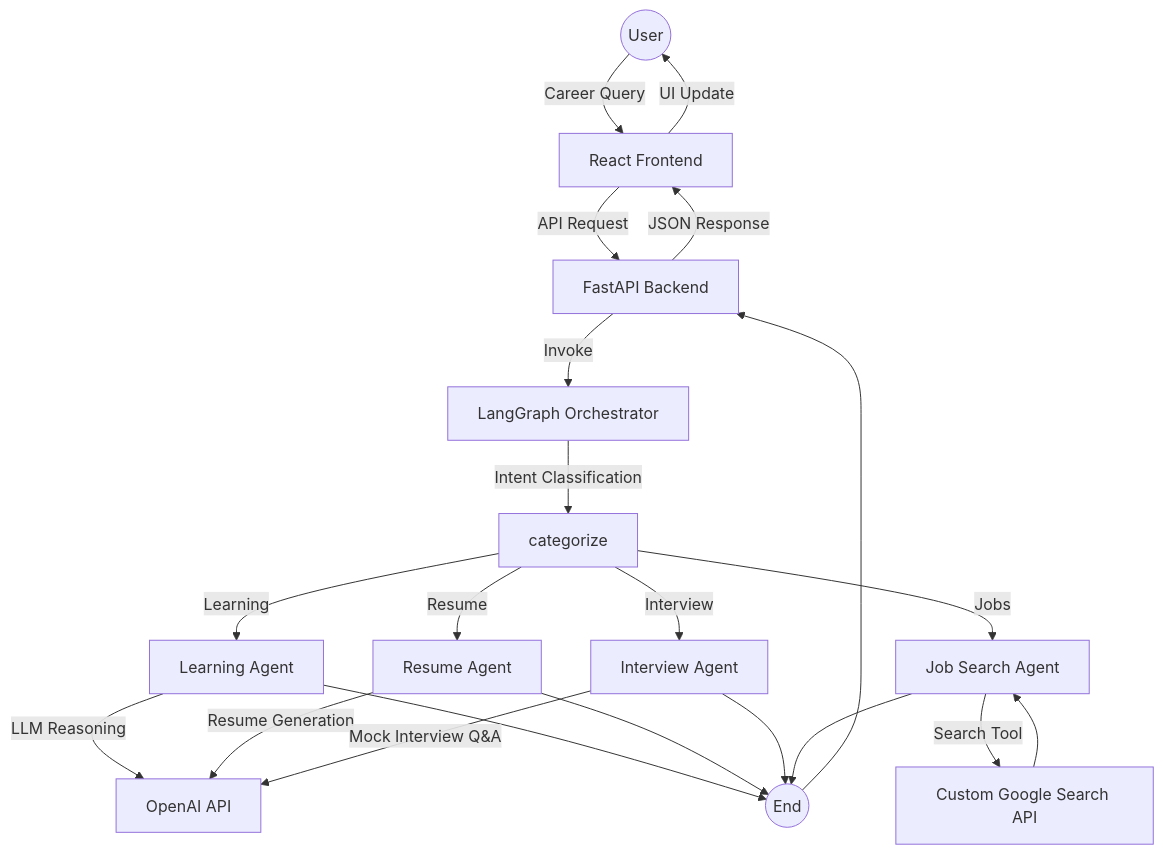
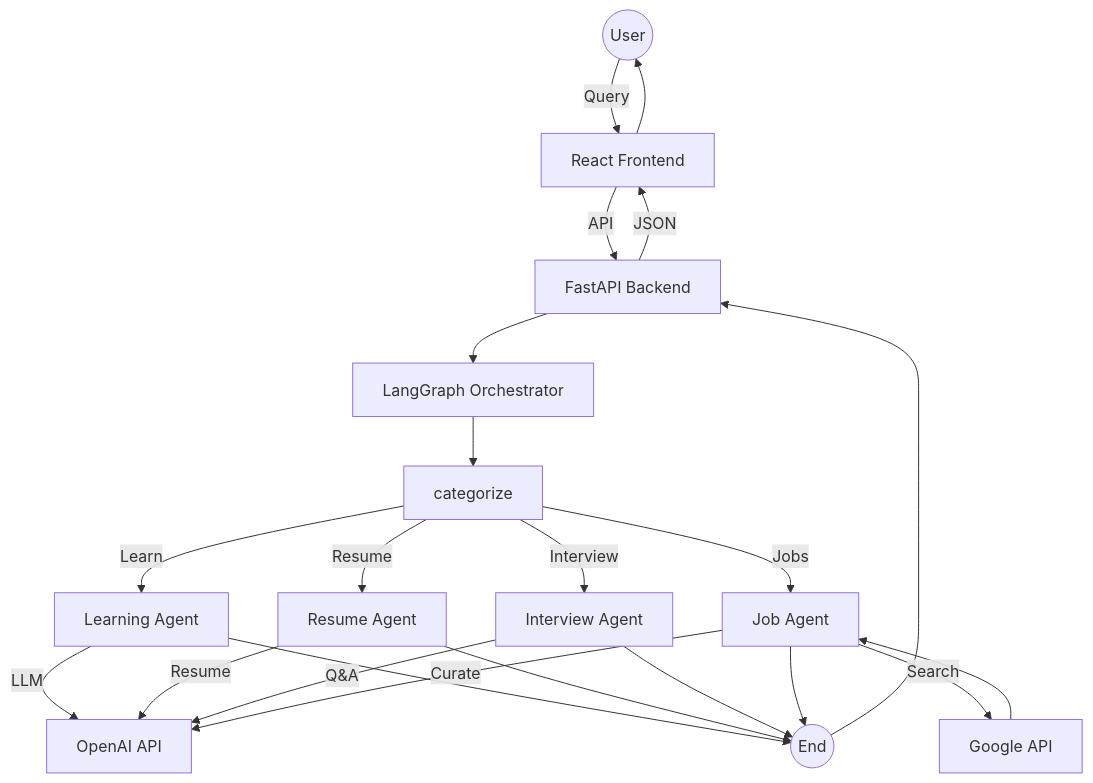
Before and after one commit to Navin-Jamule/CareerForge-AI: the diagram in README.md, drawn with Mermaid.

````diff
--- a/README.md
+++ b/README.md
@@ -20,30 +20,30 @@
 ```mermaid
 graph TD
-    User((User)) -->|Career Query| React[React Frontend]
-    React -->|API Request| API[FastAPI Backend]
+    User((User)) -->|Query| React[React Frontend]
+    React -->|API| API[FastAPI Backend]
 
-    API -->|Invoke| LG[LangGraph Orchestrator]
+    API --> LG[LangGraph Orchestrator]
+    LG --> CAT[categorize]
 
-    LG -->|Intent Classification| CAT[categorize]
-
-    CAT -->|Learning| LEARN[Learning Agent]
+    CAT -->|Learn| LEARN[Learning Agent]
     CAT -->|Resume| RESUME[Resume Agent]
     CAT -->|Interview| INTERVIEW[Interview Agent]
-    CAT -->|Jobs| JOB[Job Search Agent]
+    CAT -->|Jobs| JOB[Job Agent]
 
-    LEARN -->|LLM Reasoning| OPENAI[OpenAI API]
-    RESUME -->|Resume Generation| OPENAI
-    INTERVIEW -->|Mock Interview Q&A| OPENAI
+    LEARN -->|LLM| OPENAI[OpenAI API]
+    RESUME -->|Resume| OPENAI
+    INTERVIEW -->|Q&A| OPENAI
 
-    JOB -->|Search Tool| GOOGLE[Custom Google Search API]
+    JOB -->|Search| GOOGLE[Google API]
     GOOGLE --> JOB
+    JOB -->|Curate| OPENAI
 
     LEARN --> END((End))
     RESUME --> END
     INTERVIEW --> END
     JOB --> END
 
     END --> API
-    API -->|JSON Response| React
-    React -->|UI Update| User
+    API -->|JSON| React
+    React --> User
 ```
````
